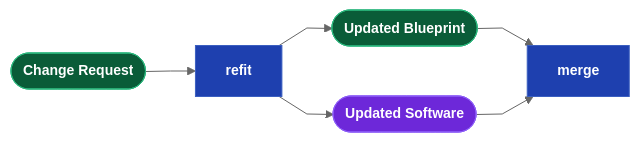
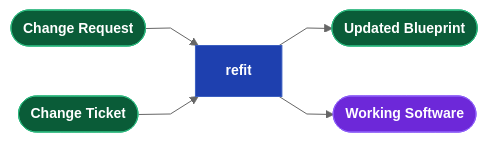
Before and after one commit to webcloudstudio/Drydock: the sixth of 8 diagrams in docs/Drydock_Specification.md, drawn with Mermaid. The commit also changed other lines of this file and 3 other files, not shown here.

````diff
--- a/docs/Drydock_Specification.md
+++ b/docs/Drydock_Specification.md
@@ -505,16 +505,15 @@
 ```mermaid
 %%{init: {'theme': 'neutral', 'flowchart': {'curve': 'linear'}, 'themeVariables': {'fontSize': '14px'}}}%%
 flowchart LR
   classDef dir    fill:#0a5c38,stroke:#2cb67d,color:#fff,font-weight:bold
   classDef md     fill:#d4a017,stroke:#a07810,color:#111,font-weight:bold
   classDef script fill:#1e40af,stroke:#3b5fc0,color:#fff,font-weight:bold
   classDef prompt fill:#c2410c,stroke:#ea580c,color:#fff,font-weight:bold
   classDef output fill:#6d28d9,stroke:#8b5cf6,color:#fff,font-weight:bold
   classDef web    fill:#be123c,stroke:#fb7185,color:#fff,font-weight:bold
 
   CHANGE(["Change Request"]):::dir --> REFIT["refit"]:::script
+  Ticket(["Change Ticket"]):::dir --> REFIT
   REFIT --> SPECOUT(["Updated Blueprint"]):::dir
-  REFIT --> SOFTWARE(["Updated Software"]):::output
-  SPECOUT --> MERGE["merge"]:::script
-  SOFTWARE --> MERGE
+  REFIT --> SOFTWARE(["Working Software"]):::output
 ```
````
